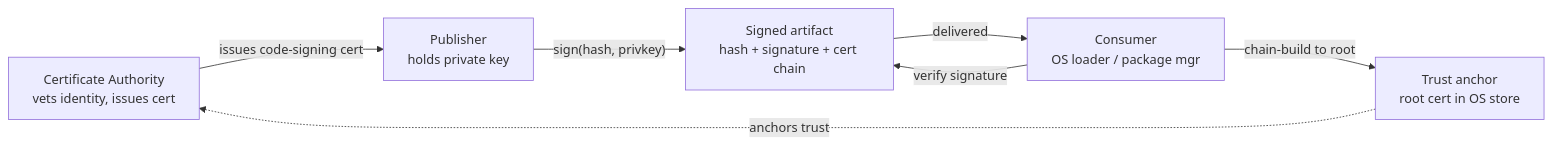
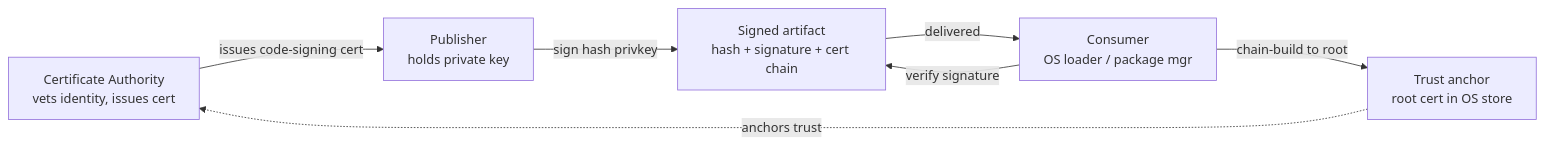
The first of 7 diagrams in book-05-signing-attestation/ch02-classic-code-signing.md (bumbsclaw/textbooks), drawn with Mermaid before and after one commit. The commit also changed other lines of this file and 173 other files, not shown here.

First line of the commit message:
fix(mermaid): close note brackets, semicolons in Notes, stateDiagram br -> dash, edge parens

````diff
--- a/book-05-signing-attestation/ch02-classic-code-signing.md
+++ b/book-05-signing-attestation/ch02-classic-code-signing.md
@@ -59,15 +59,15 @@
 ```mermaid
 flowchart LR
   CA["Certificate Authority<br/>vets identity, issues cert"]
   Pub["Publisher<br/>holds private key"]
   Art["Signed artifact<br/>hash + signature + cert chain"]
   Con["Consumer<br/>OS loader / package mgr"]
   Root["Trust anchor<br/>root cert in OS store"]
 
   CA -->|"issues code-signing cert"| Pub
-  Pub -->|"sign(hash, privkey)"| Art
+  Pub -->|"sign hash privkey "| Art
   Art -->|"delivered"| Con
   Con -->|"verify signature"| Art
   Con -->|"chain-build to root"| Root
   Root -.->|"anchors trust"| CA
 ```
````
